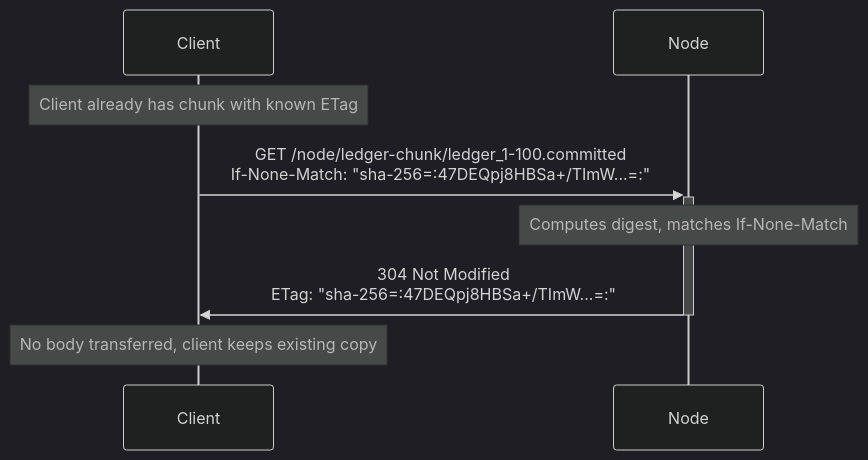
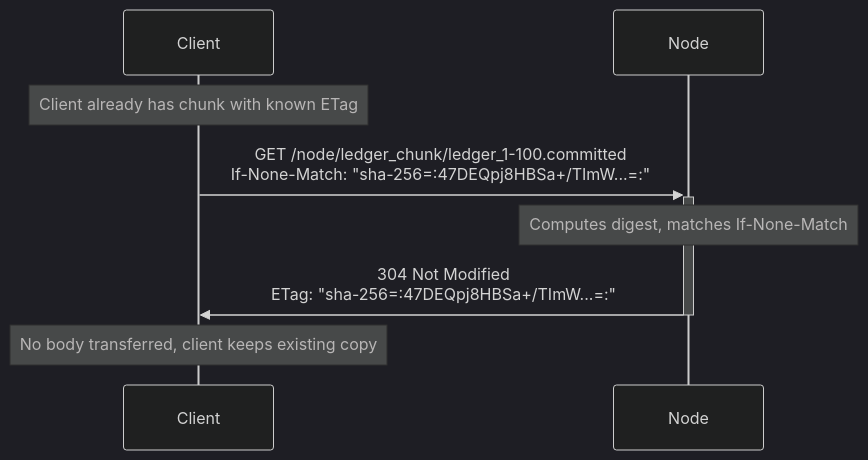
Before and after one commit to microsoft/CCF: the third of 5 diagrams in doc/operations/ledger_snapshot.rst, drawn with Mermaid (dark theme). The commit also changed other lines of this file and 4 other files, not shown here.

Commit message:
Rename /node/ledger-chunk to /node/ledger_chunk for consistency

```diff
--- a/doc/operations/ledger_snapshot.rst
+++ b/doc/operations/ledger_snapshot.rst
@@ -139,8 +139,8 @@
 .. mermaid::
 
     sequenceDiagram
         Note over Client: Client already has chunk with known ETag
-        Client->>+Node: GET /node/ledger-chunk/ledger_1-100.committed<br/>If-None-Match: "sha-256=:47DEQpj8HBSa+/TImW...=:"
+        Client->>+Node: GET /node/ledger_chunk/ledger_1-100.committed<br/>If-None-Match: "sha-256=:47DEQpj8HBSa+/TImW...=:"
         Note over Node: Computes digest, matches If-None-Match
         Node->>-Client: 304 Not Modified<br/>ETag: "sha-256=:47DEQpj8HBSa+/TImW...=:"
         Note over Client: No body transferred, client keeps existing copy
```
